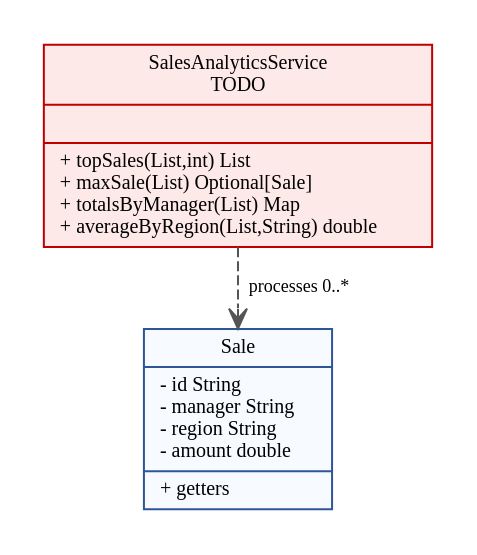
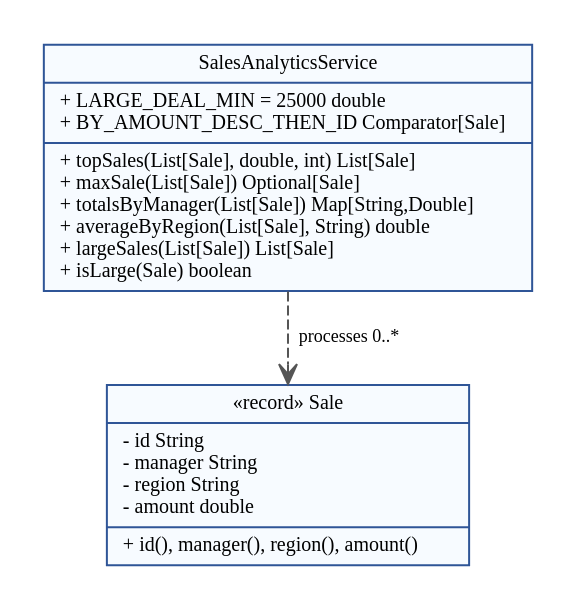
The diagram in diagrams/class.dot (svpeditor/pr12-klimashevskiy-da), drawn with Graphviz before and after one commit. The commit also changed 3 other files, not shown here.

Commit message:
Итоговые activity-диаграмма и диаграмма классов

```diff
--- a/diagrams/class.dot
+++ b/diagrams/class.dot
@@ -1,8 +1,8 @@
 digraph C {
-graph [rankdir=TB, bgcolor="white", pad=0.2, nodesep=0.35, ranksep=0.4];
+graph [rankdir=TB, bgcolor="white", pad=0.2, nodesep=0.35, ranksep=0.5];
 node [shape=record, style="filled", fontname="Times New Roman", fontsize=10, color="#2F5597", fillcolor="#F7FBFF"];
 edge [fontname="Times New Roman", fontsize=9, color="#555555"];
-a [label="{SalesAnalyticsService\nTODO||+ topSales(List,int) List\l+ maxSale(List) Optional[Sale]\l+ totalsByManager(List) Map\l+ averageByRegion(List,String) double\l}", fillcolor="#FDE9E7", color="#C00000"];
-s [label="{Sale|- id String\l- manager String\l- region String\l- amount double\l|+ getters\l}", fillcolor="#F7FBFF", color="#2F5597"];
+a [label="{SalesAnalyticsService|+ LARGE_DEAL_MIN = 25000 double\l+ BY_AMOUNT_DESC_THEN_ID Comparator[Sale]\l|+ topSales(List[Sale], double, int) List[Sale]\l+ maxSale(List[Sale]) Optional[Sale]\l+ totalsByManager(List[Sale]) Map[String,Double]\l+ averageByRegion(List[Sale], String) double\l+ largeSales(List[Sale]) List[Sale]\l+ isLarge(Sale) boolean\l}"];
+s [label="{«record» Sale|- id String\l- manager String\l- region String\l- amount double\l|+ id(), manager(), region(), amount()\l}"];
 a -> s [label="processes 0..*",style=dashed,arrowhead=open];
 }
```
